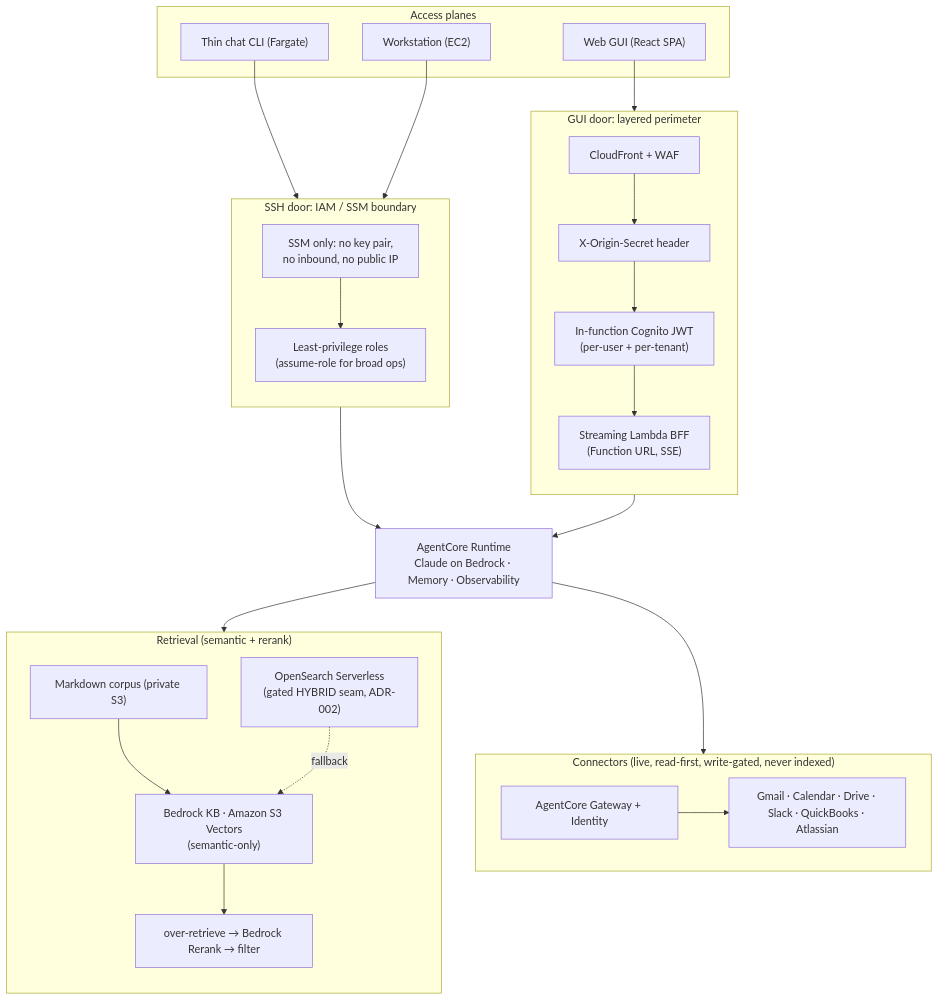
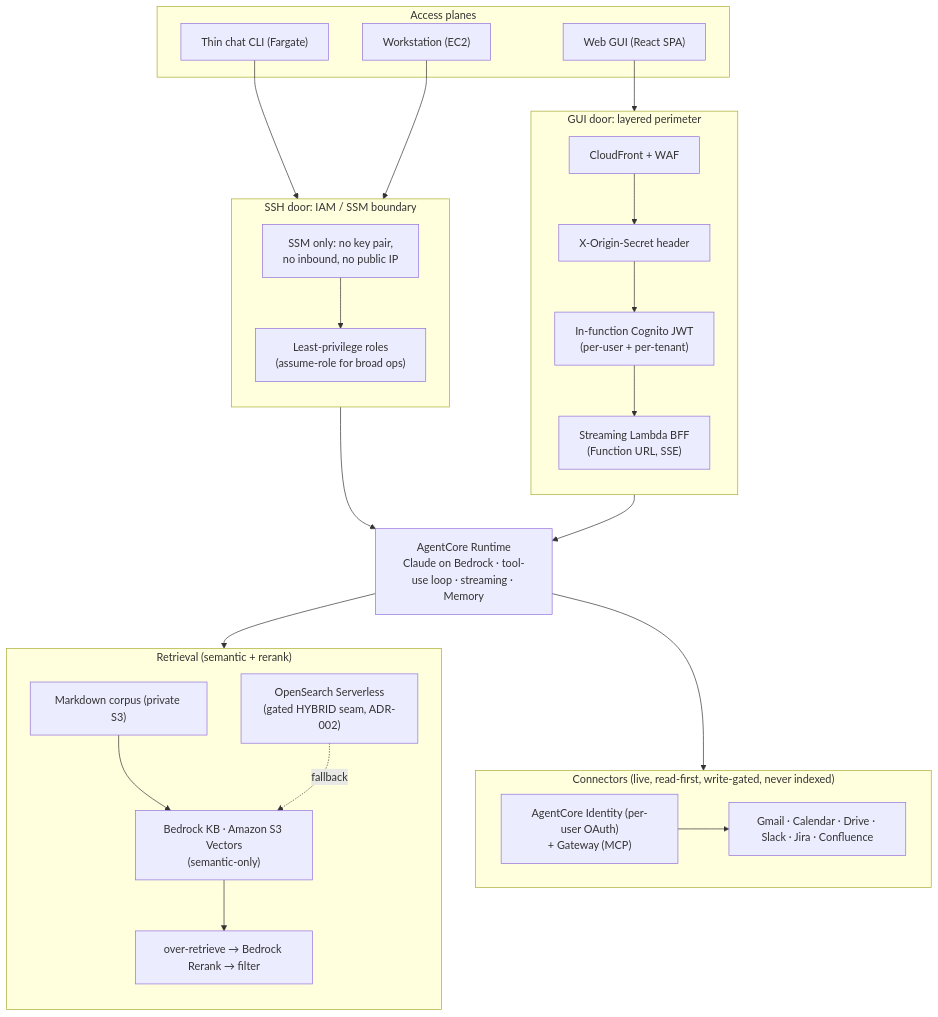
The diagram in README.md (ryfranklin/Homebase), drawn with Mermaid before and after one commit. The commit also changed other lines of this file, not shown here.

First line of the commit message:
docs(readme): reflect current state (connectors, streaming, tool loop)

````diff
--- a/README.md
+++ b/README.md
@@ -31,38 +34,38 @@
 ```mermaid
 flowchart TB
     subgraph doors["Access planes"]
         SPA["Web GUI (React SPA)"]
         CLI["Thin chat CLI (Fargate)"]
         WS["Workstation (EC2)"]
     end
 
     subgraph guiperim["GUI door: layered perimeter"]
         direction TB
         CF["CloudFront + WAF"] --> SEC["X-Origin-Secret header"] --> JWT["In-function Cognito JWT<br/>(per-user + per-tenant)"] --> BFF["Streaming Lambda BFF<br/>(Function URL, SSE)"]
     end
 
     subgraph sshperim["SSH door: IAM / SSM boundary"]
         direction TB
         SSM["SSM only: no key pair,<br/>no inbound, no public IP"] --> ROLES["Least-privilege roles<br/>(assume-role for broad ops)"]
     end
 
-    CORE["AgentCore Runtime<br/>Claude on Bedrock · Memory · Observability"]
+    CORE["AgentCore Runtime<br/>Claude on Bedrock · tool-use loop · streaming · Memory"]
 
     subgraph retrieval["Retrieval (semantic + rerank)"]
         direction TB
         S3["Markdown corpus (private S3)"] --> KB["Bedrock KB · Amazon S3 Vectors<br/>(semantic-only)"] --> RR["over-retrieve → Bedrock Rerank → filter"]
         OSS["OpenSearch Serverless<br/>(gated HYBRID seam, ADR-002)"] -. fallback .-> KB
     end
 
     subgraph conn["Connectors (live, read-first, write-gated, never indexed)"]
-        GW["AgentCore Gateway + Identity"] --> SIX["Gmail · Calendar · Drive · Slack · QuickBooks · Atlassian"]
+        GW["AgentCore Identity (per-user OAuth)<br/>+ Gateway (MCP)"] --> SIX["Gmail · Calendar · Drive · Slack · Jira · Confluence"]
     end
 
     SPA --> CF
     CLI --> SSM
     WS --> SSM
     BFF --> CORE
     ROLES --> CORE
     CORE --> retrieval
     CORE --> conn
 ```
````
